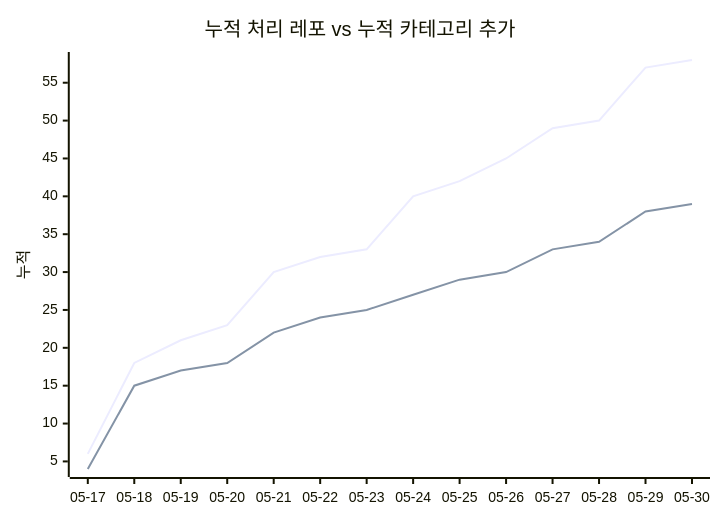
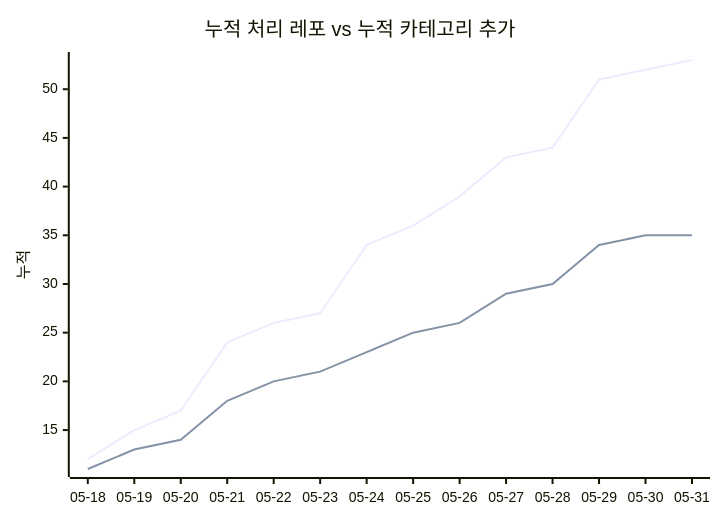
Before and after one commit to J-nowcow/awesome-korean-agent-skills: the second of 2 diagrams in docs/trends.md, drawn with Mermaid. The commit also changed other lines of this file and 2 other files, not shown here.

````diff
--- a/docs/trends.md
+++ b/docs/trends.md
@@ -68,8 +68,8 @@
 ```mermaid
 xychart-beta
     title "누적 처리 레포 vs 누적 카테고리 추가"
-    x-axis ["05-17","05-18","05-19","05-20","05-21","05-22","05-23","05-24","05-25","05-26","05-27","05-28","05-29","05-30"]
+    x-axis ["05-18","05-19","05-20","05-21","05-22","05-23","05-24","05-25","05-26","05-27","05-28","05-29","05-30","05-31"]
     y-axis "누적"
-    line [6,18,21,23,30,32,33,40,42,45,49,50,57,58]
-    line [4,15,17,18,22,24,25,27,29,30,33,34,38,39]
+    line [12,15,17,24,26,27,34,36,39,43,44,51,52,53]
+    line [11,13,14,18,20,21,23,25,26,29,30,34,35,35]
 ```
````
